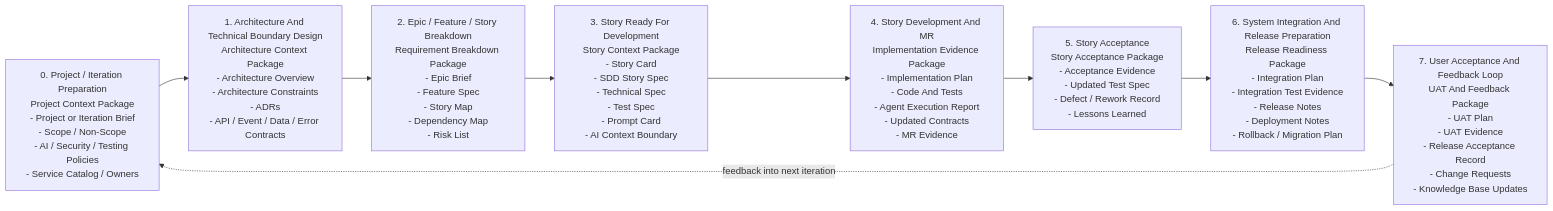
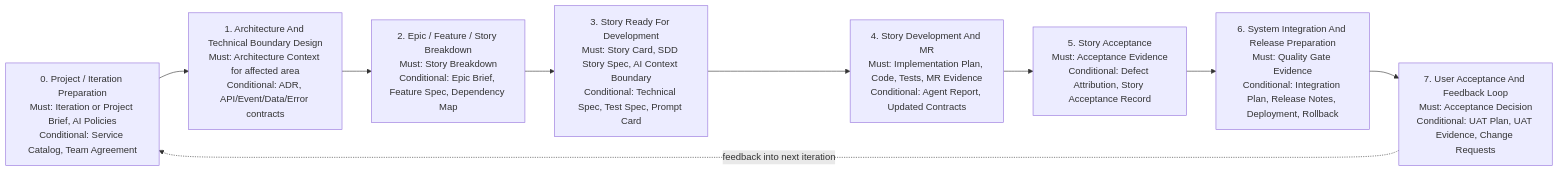
The diagram in docs/ai-sdd-governance/16-ai-context-artifact-map.md (ansonli-dev/ai4se), drawn with Mermaid before and after one commit. The commit also changed other lines of this file and 1 other file, not shown here.

Commit message:
Simplify artifact map with required levels

````diff
--- a/docs/ai-sdd-governance/16-ai-context-artifact-map.md
+++ b/docs/ai-sdd-governance/16-ai-context-artifact-map.md
@@ -15,14 +30,14 @@
 ```mermaid
 flowchart LR
-    S0["0. Project / Iteration Preparation<br/>Project Context Package<br/>- Project or Iteration Brief<br/>- Scope / Non-Scope<br/>- AI / Security / Testing Policies<br/>- Service Catalog / Owners"]
-    S1["1. Architecture And Technical Boundary Design<br/>Architecture Context Package<br/>- Architecture Overview<br/>- Architecture Constraints<br/>- ADRs<br/>- API / Event / Data / Error Contracts"]
-    S2["2. Epic / Feature / Story Breakdown<br/>Requirement Breakdown Package<br/>- Epic Brief<br/>- Feature Spec<br/>- Story Map<br/>- Dependency Map<br/>- Risk List"]
-    S3["3. Story Ready For Development<br/>Story Context Package<br/>- Story Card<br/>- SDD Story Spec<br/>- Technical Spec<br/>- Test Spec<br/>- Prompt Card<br/>- AI Context Boundary"]
-    S4["4. Story Development And MR<br/>Implementation Evidence Package<br/>- Implementation Plan<br/>- Code And Tests<br/>- Agent Execution Report<br/>- Updated Contracts<br/>- MR Evidence"]
-    S5["5. Story Acceptance<br/>Story Acceptance Package<br/>- Acceptance Evidence<br/>- Updated Test Spec<br/>- Defect / Rework Record<br/>- Lessons Learned"]
-    S6["6. System Integration And Release Preparation<br/>Release Readiness Package<br/>- Integration Plan<br/>- Integration Test Evidence<br/>- Release Notes<br/>- Deployment Notes<br/>- Rollback / Migration Plan"]
-    S7["7. User Acceptance And Feedback Loop<br/>UAT And Feedback Package<br/>- UAT Plan<br/>- UAT Evidence<br/>- Release Acceptance Record<br/>- Change Requests<br/>- Knowledge Base Updates"]
+    S0["0. Project / Iteration Preparation<br/>Must: Iteration or Project Brief, AI Policies<br/>Conditional: Service Catalog, Team Agreement"]
+    S1["1. Architecture And Technical Boundary Design<br/>Must: Architecture Context for affected area<br/>Conditional: ADR, API/Event/Data/Error contracts"]
+    S2["2. Epic / Feature / Story Breakdown<br/>Must: Story Breakdown<br/>Conditional: Epic Brief, Feature Spec, Dependency Map"]
+    S3["3. Story Ready For Development<br/>Must: Story Card, SDD Story Spec, AI Context Boundary<br/>Conditional: Technical Spec, Test Spec, Prompt Card"]
+    S4["4. Story Development And MR<br/>Must: Implementation Plan, Code, Tests, MR Evidence<br/>Conditional: Agent Report, Updated Contracts"]
+    S5["5. Story Acceptance<br/>Must: Acceptance Evidence<br/>Conditional: Defect Attribution, Story Acceptance Record"]
+    S6["6. System Integration And Release Preparation<br/>Must: Quality Gate Evidence<br/>Conditional: Integration Plan, Release Notes, Deployment, Rollback"]
+    S7["7. User Acceptance And Feedback Loop<br/>Must: Acceptance Decision<br/>Conditional: UAT Plan, UAT Evidence, Change Requests"]
 
     S0 --> S1 --> S2 --> S3 --> S4 --> S5 --> S6 --> S7
     S7 -. "feedback into next iteration" .-> S0
 ```
````
